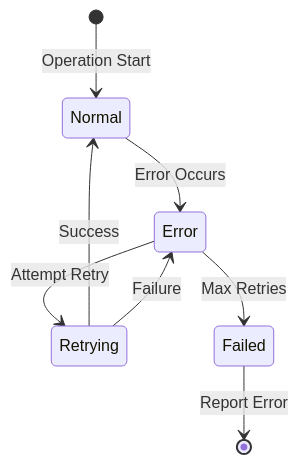
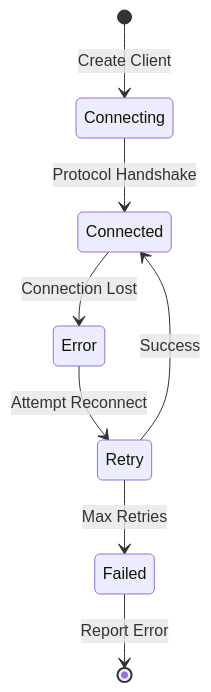
The fourth of 4 diagrams in dataflow.md (RinardNick/client_mcp), drawn with Mermaid before and after one commit. The commit also changed other lines of this file and 2 other files, not shown here.

````diff
--- a/dataflow.md
+++ b/dataflow.md
@@ -400,10 +194,10 @@
 ```mermaid
 stateDiagram-v2
-    [*] --> Normal: Operation Start
-    Normal --> Error: Error Occurs
-    Error --> Retrying: Attempt Retry
-    Retrying --> Normal: Success
-    Retrying --> Error: Failure
-    Error --> Failed: Max Retries
+    [*] --> Connecting: Create Client
+    Connecting --> Connected: Protocol Handshake
+    Connected --> Error: Connection Lost
+    Error --> Retry: Attempt Reconnect
+    Retry --> Connected: Success
+    Retry --> Failed: Max Retries
     Failed --> [*]: Report Error
 ```
````
